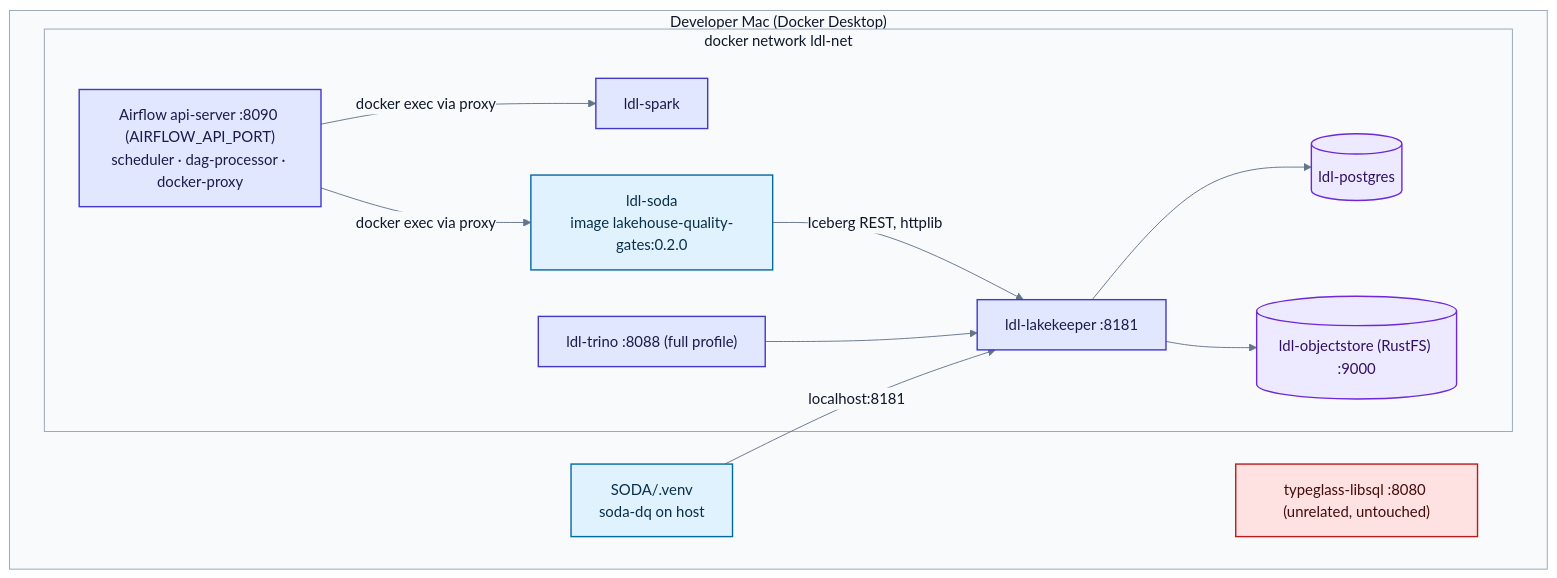
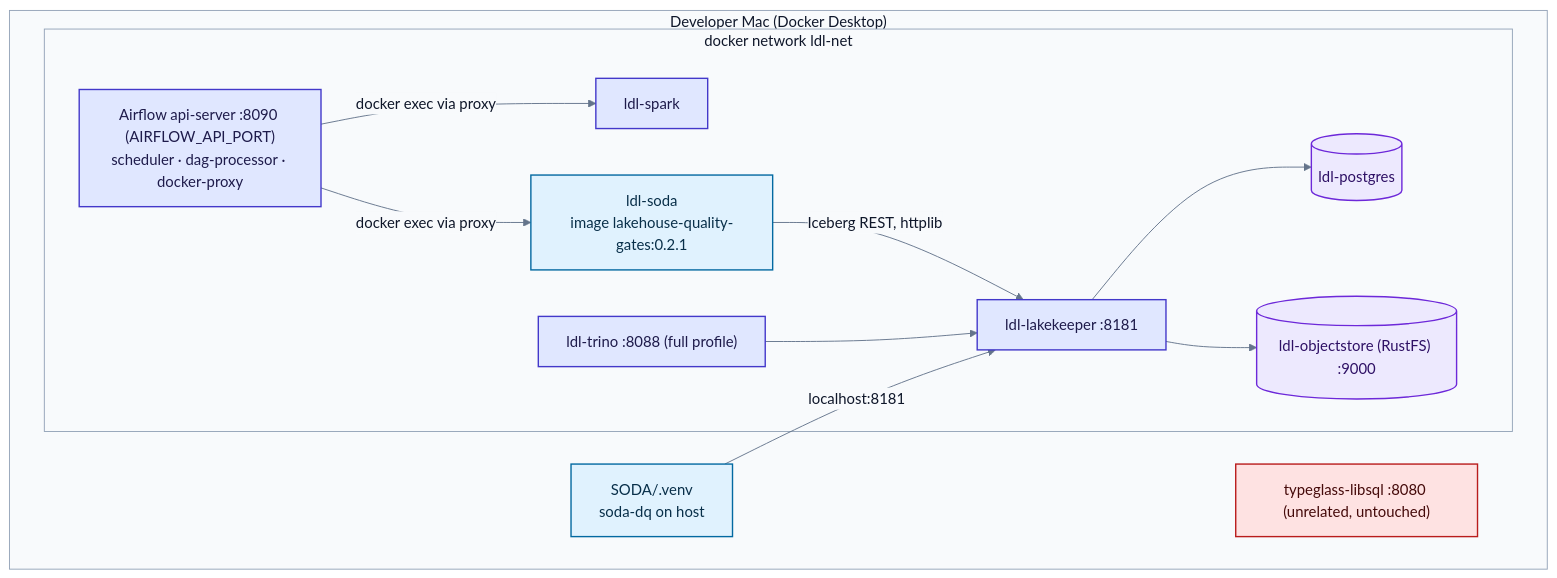
The sixth of 8 diagrams in docs/architecture.md (santoshshinde2012/lakehouse-quality-gates), drawn with Mermaid before and after one commit. The commit also changed 13 other files, not shown here.

````diff
--- a/docs/architecture.md
+++ b/docs/architecture.md
@@ -237,31 +237,31 @@
 ```mermaid
 %%{init: {"theme": "base", "themeVariables": {"fontFamily": "Inter, Segoe UI, Helvetica, Arial, sans-serif", "lineColor": "#64748b", "primaryTextColor": "#0f172a", "primaryColor": "#e0e7ff", "primaryBorderColor": "#4338ca", "secondaryColor": "#dcfce7", "tertiaryColor": "#f8fafc", "edgeLabelBackground": "#f8fafc", "actorBkg": "#e0e7ff", "actorBorder": "#4338ca", "noteBkgColor": "#fef3c7", "noteBorderColor": "#b45309", "signalColor": "#334155", "signalTextColor": "#0f172a"}}}%%
 flowchart TB
   subgraph HOST["Developer Mac (Docker Desktop)"]
     subgraph NET["docker network ldl-net"]
       LK["ldl-lakekeeper :8181"]:::ext
       OS[("ldl-objectstore (RustFS) :9000")]:::store
       PG[("ldl-postgres")]:::store
       SP["ldl-spark"]:::ext
       TR["ldl-trino :8088 (full profile)"]:::ext
       AF["Airflow api-server :8090 (AIRFLOW_API_PORT)<br/>scheduler · dag-processor · docker-proxy"]:::ext
-      SO["ldl-soda<br/>image lakehouse-quality-gates:0.2.0"]:::dq
+      SO["ldl-soda<br/>image lakehouse-quality-gates:0.2.1"]:::dq
     end
     VENV["SODA/.venv<br/>soda-dq on host"]:::dq
     TG["typeglass-libsql :8080 (unrelated, untouched)"]:::fail
   end
   AF -- "docker exec via proxy" --> SP
   AF -- "docker exec via proxy" --> SO
   SO -- "Iceberg REST, httplib" --> LK
   VENV -- "localhost:8181" --> LK
   LK --> PG
   LK --> OS
   TR --> LK
   classDef ext fill:#e0e7ff,stroke:#4338ca,stroke-width:1.5px,color:#1e1b4b
   classDef dq fill:#e0f2fe,stroke:#0369a1,stroke-width:1.5px,color:#082f49
   classDef store fill:#ede9fe,stroke:#6d28d9,stroke-width:1.5px,color:#2e1065
   classDef gate fill:#dcfce7,stroke:#15803d,stroke-width:1.5px,color:#052e16
   classDef fail fill:#fee2e2,stroke:#b91c1c,stroke-width:1.5px,color:#450a0a
   style HOST fill:#f8fafc,stroke:#94a3b8,color:#0f172a
   style NET fill:#f8fafc,stroke:#94a3b8,color:#0f172a
 ```
````
